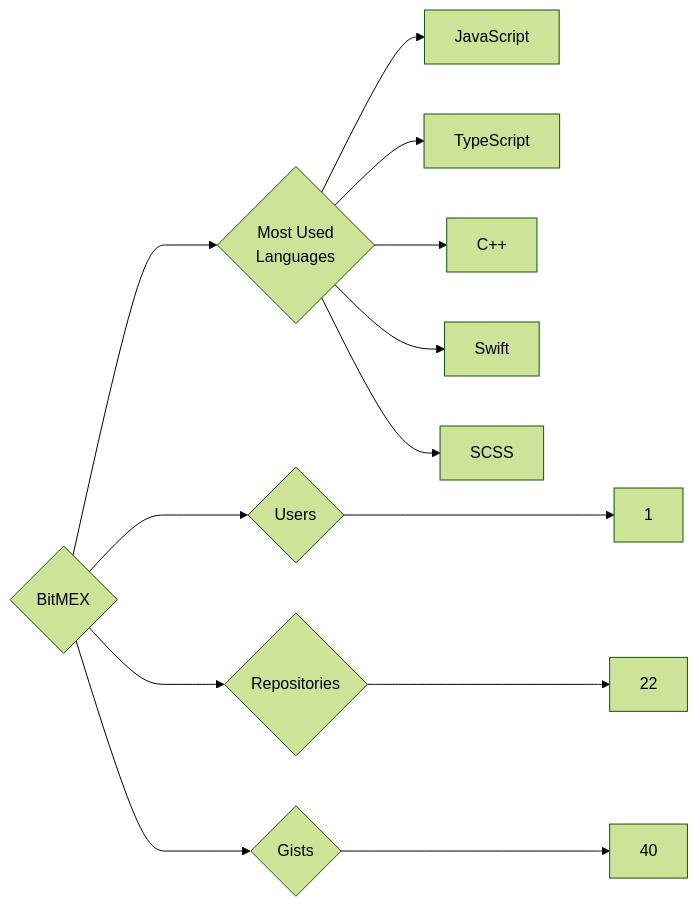
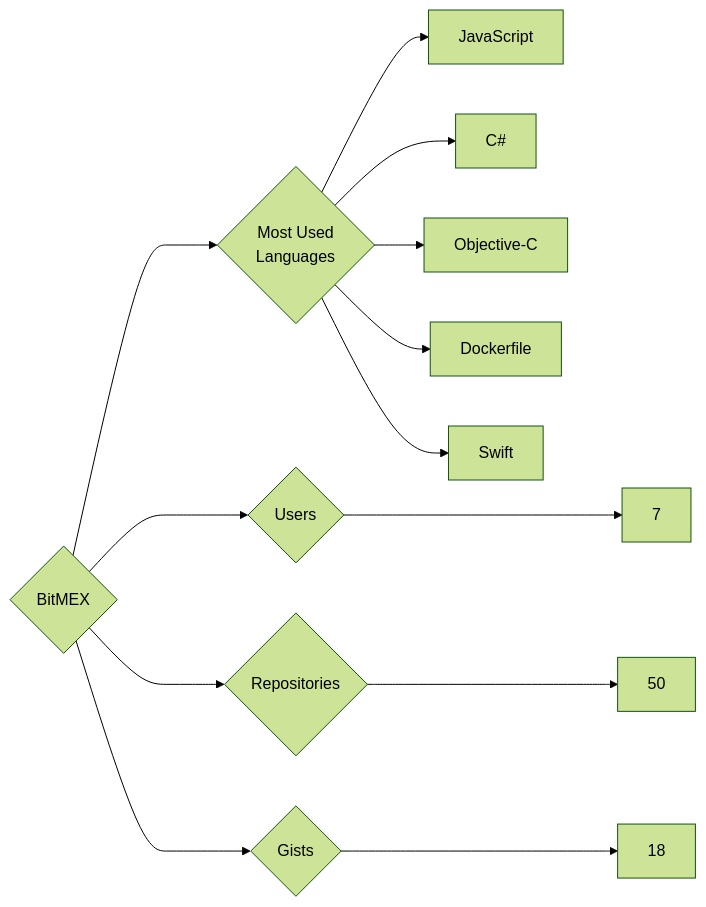
Before and after one commit to trickest/insiders: the diagram in targets/BitMEX/README.md, drawn with Mermaid (forest theme). The commit also changed 775 other files, not shown here.

````diff
--- a/targets/BitMEX/README.md
+++ b/targets/BitMEX/README.md
@@ -3,13 +3,13 @@
 ```mermaid
 graph LR
 COMPANY_NAME{BitMEX}
-COMPANY_NAME ---> U{Users} ---> UN[1]
-COMPANY_NAME ---> R{Repositories} ---> RN[22]
-COMPANY_NAME ---> G{Gists} ---> GN[40]
+COMPANY_NAME ---> U{Users} ---> UN[7]
+COMPANY_NAME ---> R{Repositories} ---> RN[50]
+COMPANY_NAME ---> G{Gists} ---> GN[18]
 COMPANY_NAME ---> ML{Most Used<br>Languages}
 ML --> JavaScript[JavaScript]
-ML --> TypeScript[TypeScript]
-ML --> C++[C++]
+ML --> C#[C#]
+ML --> Objective-C[Objective-C]
+ML --> Dockerfile[Dockerfile]
 ML --> Swift[Swift]
-ML --> SCSS[SCSS]
 ```
````
